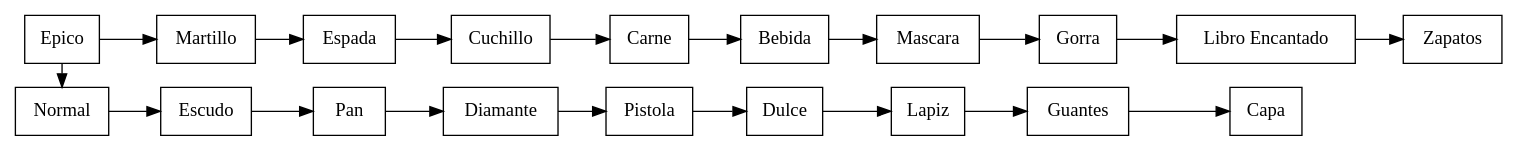
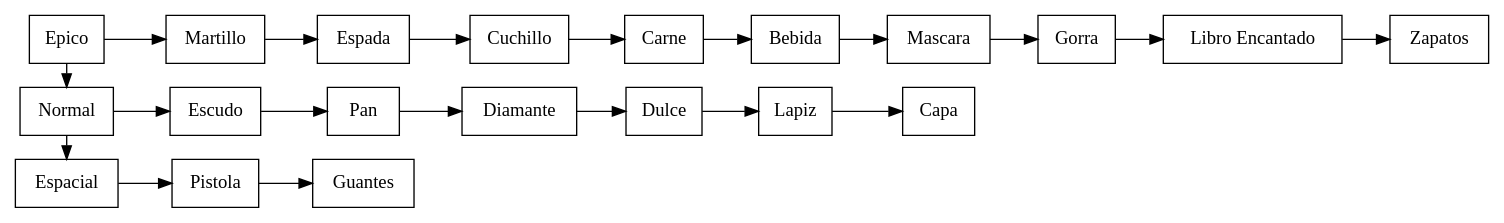
The diagram in tienda.dot (ASique-4/-EDD_2S-BatallaNaval_202012039), drawn with Graphviz before and after one commit. The commit also changed 10 other files, not shown here.

```diff
--- a/tienda.dot
+++ b/tienda.dot
@@ -1,10 +1,12 @@
 digraph G {
 graph [rankdir = LR ]
 node [shape = box]
-{rank = same "Epico""Normal"}
-Epico-> "Normal"
+{rank = same "Epico""Normal""Espacial"}
+Epico-> "Normal"-> "Espacial"
 Epico [label="Epico"];
 "Epico"->Martillo->"Espada"->"Cuchillo"->"Carne"->"Bebida"->"Mascara"->"Gorra"->"Libro Encantado"->"Zapatos"
 Normal [label="Normal"];
-"Normal"->Escudo->"Pan"->"Diamante"->"Pistola"->"Dulce"->"Lapiz"->"Guantes"->"Capa"
+"Normal"->Escudo->"Pan"->"Diamante"->"Dulce"->"Lapiz"->"Capa"
+Espacial [label="Espacial"];
+"Espacial"->Pistola->"Guantes"
 }
```
